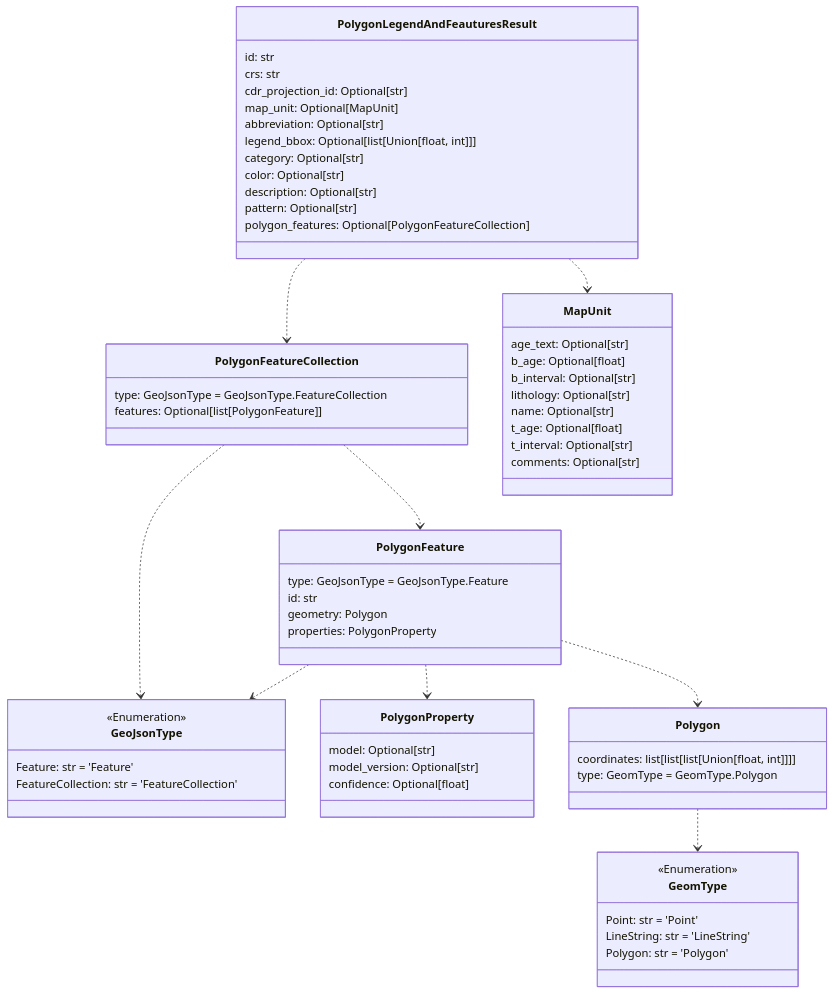
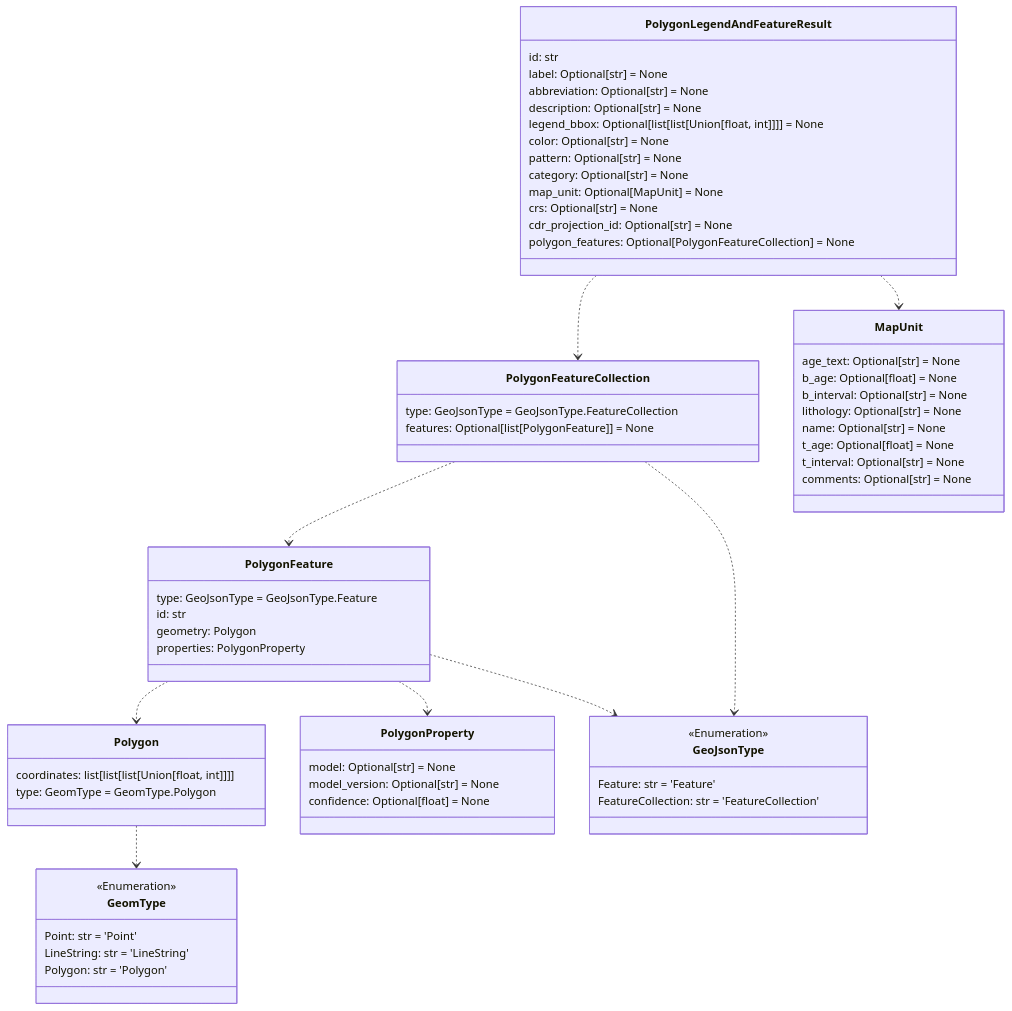
One commit to DARPA-CRITICALMAAS/cdr_schemas changed the seventh of 12 diagrams in README.md. Above: the diagram before and after it, drawn with Mermaid. The commit also changed other lines of this file and 2 other files, not shown here.

Commit message:
Updated docs and fixed lint

````diff
--- a/README.md
+++ b/README.md
@@ -488,75 +489,76 @@
 ```mermaid
 classDiagram
 
     class GeomType {
         <<Enumeration>>
         Point: str = 'Point'
         LineString: str = 'LineString'
         Polygon: str = 'Polygon'
     }
 
-    class PolygonFeature {
-        type: GeoJsonType = GeoJsonType.Feature
+    class PolygonLegendAndFeatureResult {
         id: str
-        geometry: Polygon
-        properties: PolygonProperty
+        label: Optional[str] = None
+        abbreviation: Optional[str] = None
+        description: Optional[str] = None
+        legend_bbox: Optional[list[list[Union[float, int]]]] = None
+        color: Optional[str] = None
+        pattern: Optional[str] = None
+        category: Optional[str] = None
+        map_unit: Optional[MapUnit] = None
+        crs: Optional[str] = None
+        cdr_projection_id: Optional[str] = None
+        polygon_features: Optional[PolygonFeatureCollection] = None
     }
 
-    class PolygonLegendAndFeauturesResult {
-        id: str
-        crs: str
-        cdr_projection_id: Optional[str]
-        map_unit: Optional[MapUnit]
-        abbreviation: Optional[str]
-        legend_bbox: Optional[list[Union[float, int]]]
-        category: Optional[str]
-        color: Optional[str]
-        description: Optional[str]
-        pattern: Optional[str]
-        polygon_features: Optional[PolygonFeatureCollection]
+    class Polygon {
+        coordinates: list[list[list[Union[float, int]]]]
+        type: GeomType = GeomType.Polygon
+    }
+
+    class PolygonFeatureCollection {
+        type: GeoJsonType = GeoJsonType.FeatureCollection
+        features: Optional[list[PolygonFeature]] = None
+    }
+
+    class PolygonProperty {
+        model: Optional[str] = None
+        model_version: Optional[str] = None
+        confidence: Optional[float] = None
+    }
+
+    class MapUnit {
+        age_text: Optional[str] = None
+        b_age: Optional[float] = None
+        b_interval: Optional[str] = None
+        lithology: Optional[str] = None
+        name: Optional[str] = None
+        t_age: Optional[float] = None
+        t_interval: Optional[str] = None
+        comments: Optional[str] = None
     }
 
     class GeoJsonType {
         <<Enumeration>>
         Feature: str = 'Feature'
         FeatureCollection: str = 'FeatureCollection'
     }
 
-    class PolygonFeatureCollection {
-        type: GeoJsonType = GeoJsonType.FeatureCollection
-        features: Optional[list[PolygonFeature]]
-    }
-
-    class PolygonProperty {
-        model: Optional[str]
-        model_version: Optional[str]
-        confidence: Optional[float]
-    }
-
-    class Polygon {
-        coordinates: list[list[list[Union[float, int]]]]
-        type: GeomType = GeomType.Polygon
-    }
-
-    class MapUnit {
-        age_text: Optional[str]
-        b_age: Optional[float]
-        b_interval: Optional[str]
-        lithology: Optional[str]
-        name: Optional[str]
-        t_age: Optional[float]
-        t_interval: Optional[str]
-        comments: Optional[str]
+    class PolygonFeature {
+        type: GeoJsonType = GeoJsonType.Feature
+        id: str
+        geometry: Polygon
+        properties: PolygonProperty
     }
 
     Polygon ..> GeomType
-    PolygonFeature ..> PolygonProperty
     PolygonFeature ..> GeoJsonType
     PolygonFeature ..> Polygon
+    PolygonFeature ..> PolygonProperty
     PolygonFeatureCollection ..> GeoJsonType
     PolygonFeatureCollection ..> PolygonFeature
-    PolygonLegendAndFeauturesResult ..> PolygonFeatureCollection
-    PolygonLegendAndFeauturesResult ..> MapUnit
+    PolygonLegendAndFeatureResult ..> PolygonFeatureCollection
+    PolygonLegendAndFeatureResult ..> MapUnit
 
 
 ```
````
